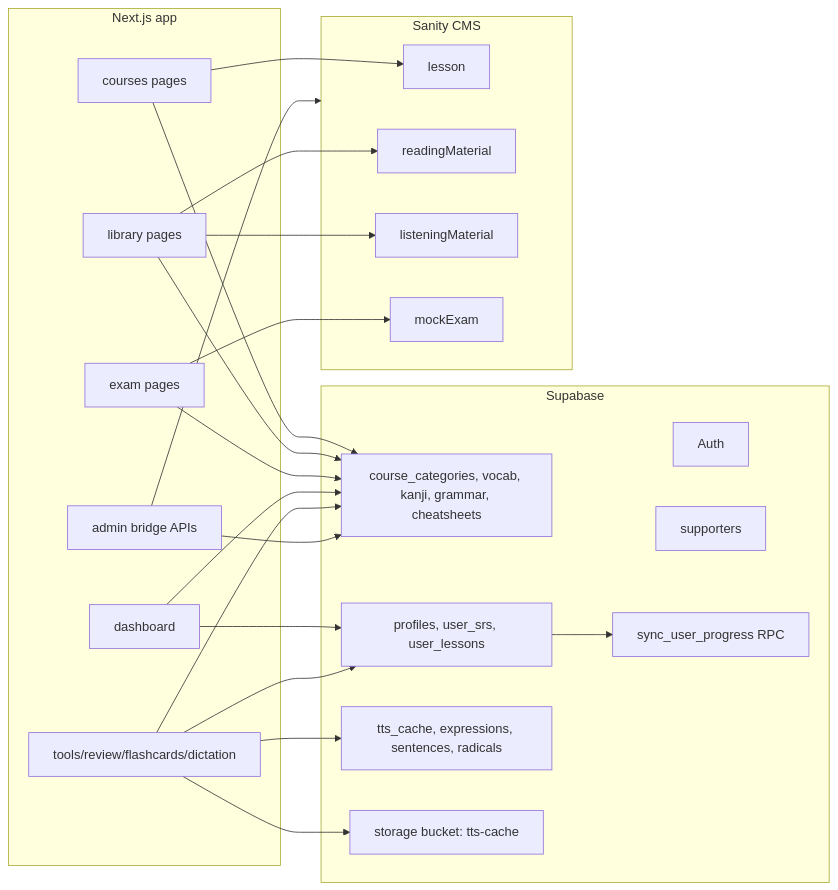
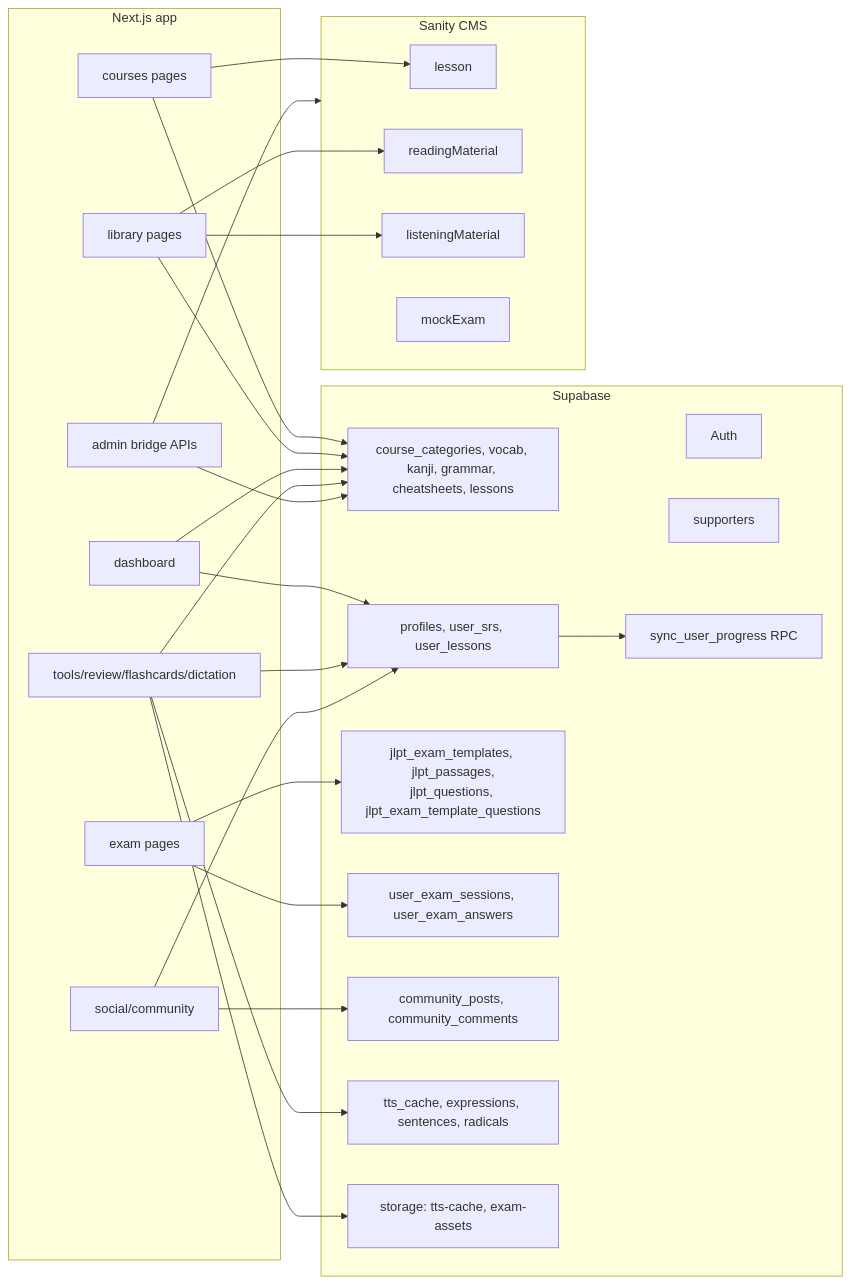
The third of 13 diagrams in architecture_visual.md (zan-118/nihongoroute), drawn with Mermaid before and after one commit. The commit also changed other lines of this file and 39 other files, not shown here.

Commit message:
feat: add usePostCard hook for community post interactions and initial database schema migration

````diff
--- a/architecture_visual.md
+++ b/architecture_visual.md
@@ -68,45 +68,51 @@
 ```mermaid
 flowchart LR
   subgraph Supabase["Supabase"]
     Auth["Auth"]
-    PublicTables["course_categories, vocab, kanji, grammar, cheatsheets"]
+    PublicTables["course_categories, vocab, kanji, grammar, cheatsheets, lessons"]
     UserTables["profiles, user_srs, user_lessons"]
+    ExamBank["jlpt_exam_templates, jlpt_passages,\njlpt_questions, jlpt_exam_template_questions"]
+    ExamProgress["user_exam_sessions, user_exam_answers"]
+    Community["community_posts, community_comments"]
     Supporters["supporters"]
     OpsTables["tts_cache, expressions, sentences, radicals"]
-    Storage["storage bucket: tts-cache"]
+    Storage["storage: tts-cache, exam-assets"]
     RPC["sync_user_progress RPC"]
   end
 
   subgraph Sanity["Sanity CMS"]
     Lesson["lesson"]
     Reading["readingMaterial"]
     Listening["listeningMaterial"]
     MockExam["mockExam"]
   end
 
   subgraph NextApp["Next.js app"]
     Courses["courses pages"]
     Library["library pages"]
     Exams["exam pages"]
     Dashboard["dashboard"]
     Tools["tools/review/flashcards/dictation"]
+    Social["social/community"]
     StudioBridge["admin bridge APIs"]
   end
 
   Courses --> PublicTables
   Courses --> Lesson
   Library --> PublicTables
   Library --> Reading
   Library --> Listening
-  Exams --> MockExam
-  Exams --> PublicTables
+  Exams --> ExamBank
+  Exams --> ExamProgress
   Dashboard --> UserTables
   Dashboard --> PublicTables
   Tools --> PublicTables
   Tools --> UserTables
   Tools --> Storage
   Tools --> OpsTables
+  Social --> Community
+  Social --> UserTables
   StudioBridge --> PublicTables
   StudioBridge --> Sanity
   UserTables --> RPC
 ```
````
